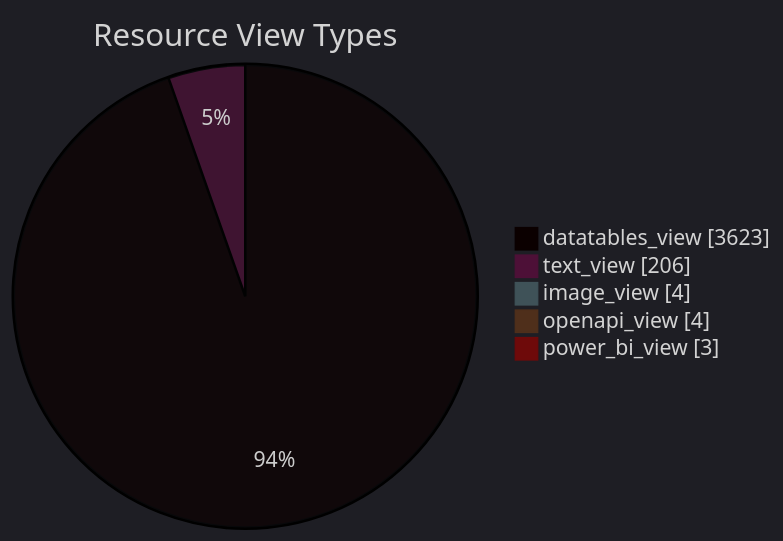
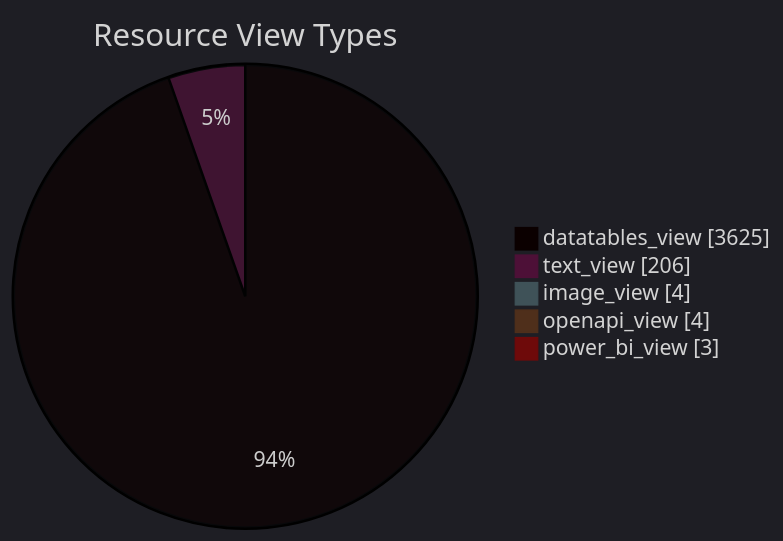
One commit to open-data/analytics-corporate-reporting changed the diagram in datastore_tracker/resource_view_types_pie_chart.md. Above: the diagram before and after it, drawn with Mermaid. The commit also changed 9 other files, not shown here.

````diff
--- a/datastore_tracker/resource_view_types_pie_chart.md
+++ b/datastore_tracker/resource_view_types_pie_chart.md
@@ -2,12 +2,12 @@
 ```mermaid
 ---
 config:
   theme: dark
 ---
 pie showData title Resource View Types
-    "datatables_view": 3623
+    "datatables_view": 3625
     "text_view": 206
     "image_view": 4
     "openapi_view": 4
     "power_bi_view": 3
 ```
````
